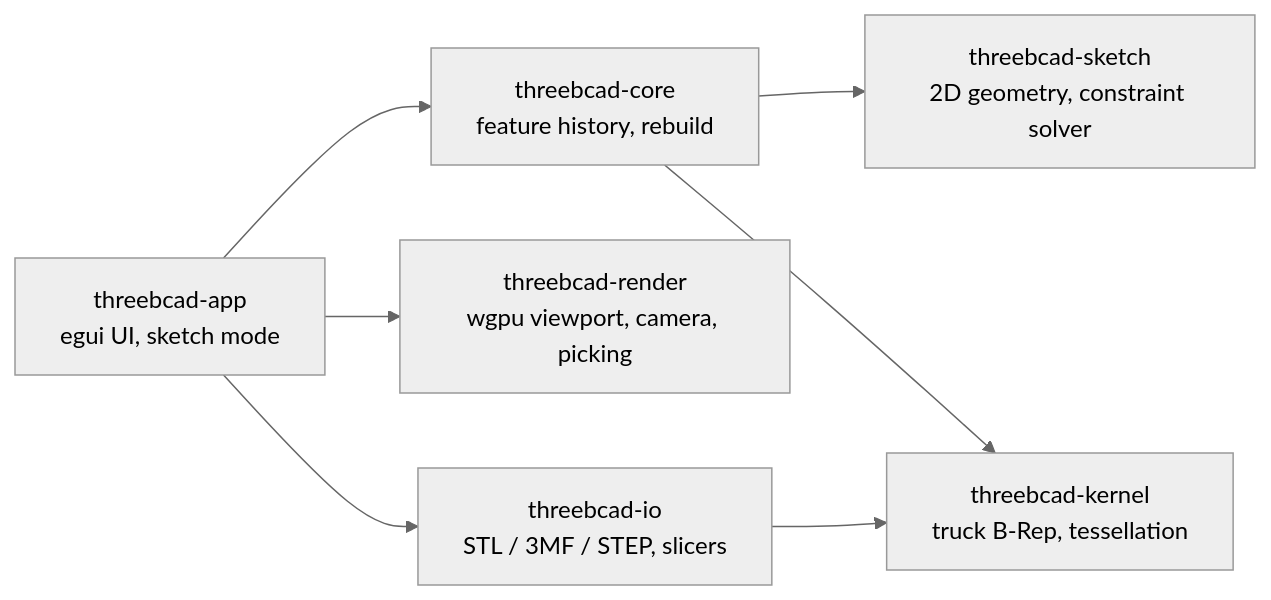
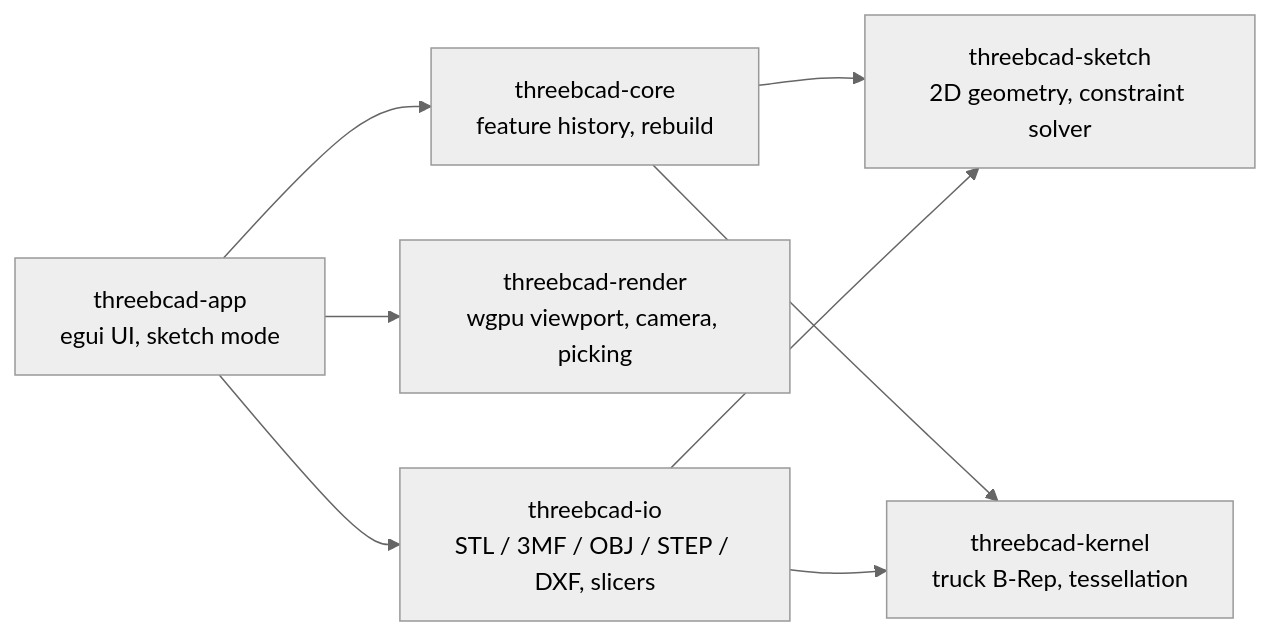
Before and after one commit to Three-Bugs-Studio/3bcad: the first of 2 diagrams in docs/architecture.md, drawn with Mermaid (neutral theme). The commit also changed other lines of this file and 7 other files, not shown here.

````diff
--- a/docs/architecture.md
+++ b/docs/architecture.md
@@ -6,9 +6,10 @@
 ```mermaid
 flowchart LR
     app["threebcad-app<br/>egui UI, sketch mode"] --> core["threebcad-core<br/>feature history, rebuild"]
     app --> render["threebcad-render<br/>wgpu viewport, camera, picking"]
-    app --> io["threebcad-io<br/>STL / 3MF / STEP, slicers"]
+    app --> io["threebcad-io<br/>STL / 3MF / OBJ / STEP / DXF, slicers"]
     core --> sketch["threebcad-sketch<br/>2D geometry, constraint solver"]
     core --> kernel["threebcad-kernel<br/>truck B-Rep, tessellation"]
     io --> kernel
+    io --> sketch
 ```
````
